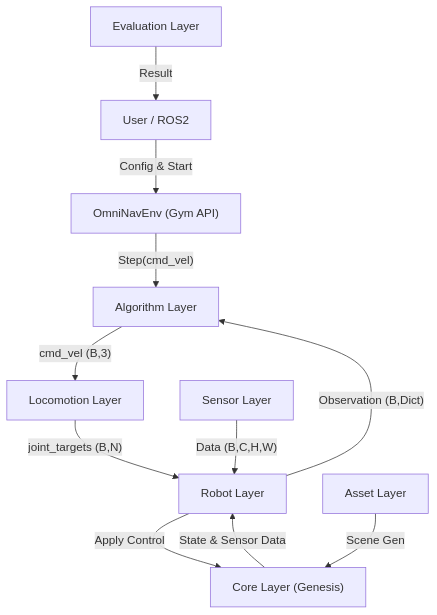
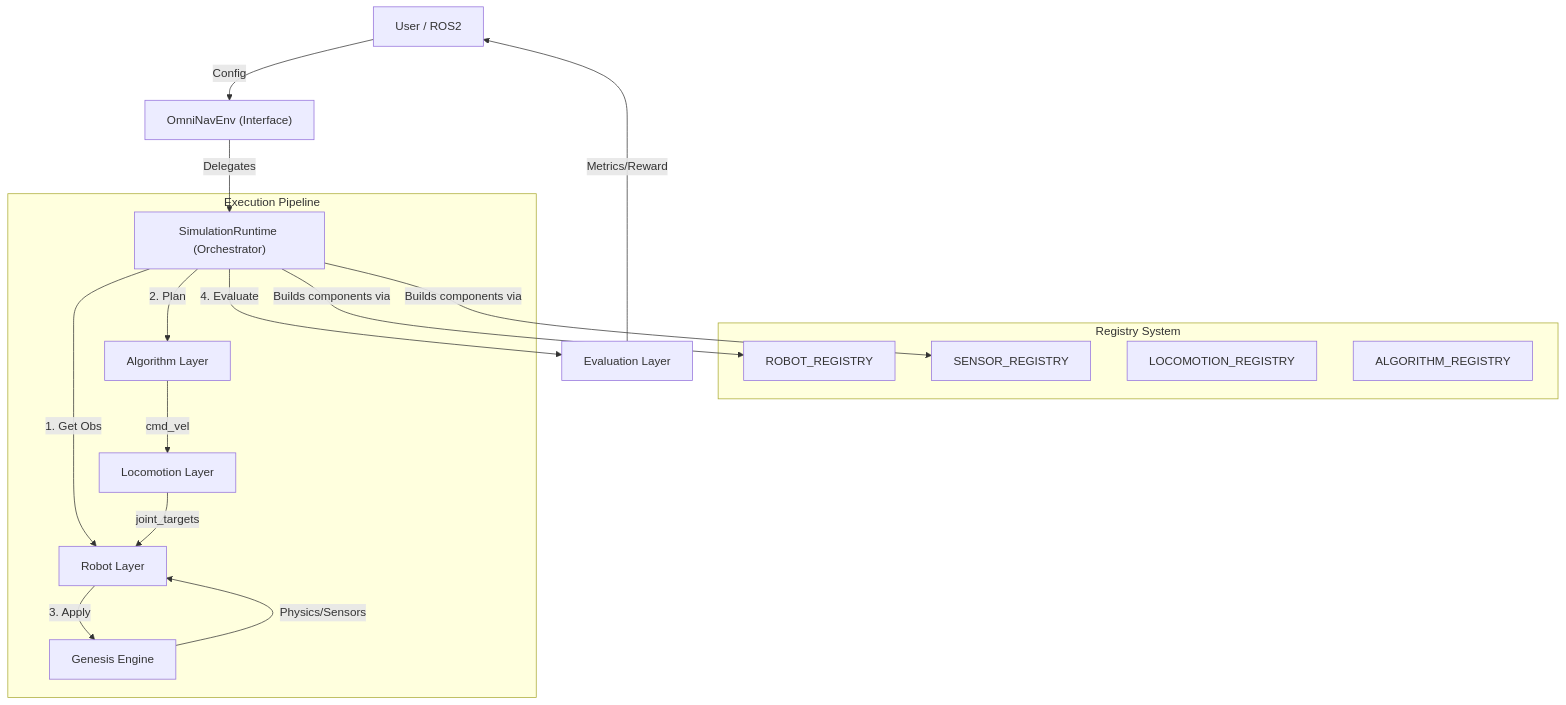
One commit to Royalvice/OmniNav changed the first of 3 diagrams in .github/contributing/IMPLEMENTATION_PLAN.md. Above: the diagram before and after it, drawn with Mermaid. The commit also changed other lines of this file and 60 other files, not shown here.

````diff
--- a/.github/contributing/IMPLEMENTATION_PLAN.md
+++ b/.github/contributing/IMPLEMENTATION_PLAN.md
@@ -7,13 +9,27 @@
 ```mermaid
 graph TD
-    User["User / ROS2"] -->|Config & Start| Env["OmniNavEnv (Gym API)"]
-    Env -->|"Step(cmd_vel)"| Algo["Algorithm Layer"]
-    Algo -->|"cmd_vel (B,3)"| Loco["Locomotion Layer"]
-    Loco -->|"joint_targets (B,N)"| Robot["Robot Layer"]
-    Robot -->|"Apply Control"| Core["Core Layer (Genesis)"]
-    Core -->|"State & Sensor Data"| Robot
-    Robot -->|"Observation (B,Dict)"| Algo
-    Sensor["Sensor Layer"] -->|"Data (B,C,H,W)"| Robot
-    Asset["Asset Layer"] -->|"Scene Gen"| Core
-    Eval["Evaluation Layer"] -->|Result| User
+    User["User / ROS2"] -->|Config| Env["OmniNavEnv (Interface)"]
+    Env -->|Delegates| Runtime["SimulationRuntime (Orchestrator)"]
+    
+    subgraph "Registry System"
+        RegR[ROBOT_REGISTRY]
+        RegS[SENSOR_REGISTRY]
+        RegL[LOCOMOTION_REGISTRY]
+        RegA[ALGORITHM_REGISTRY]
+    end
+
+    Runtime -->|Builds components via| RegR
+    Runtime -->|Builds components via| RegS
+    
+    subgraph "Execution Pipeline"
+        Runtime -->|1. Get Obs| Robot["Robot Layer"]
+        Runtime -->|2. Plan| Algo["Algorithm Layer"]
+        Algo -->|cmd_vel| Loco["Locomotion Layer"]
+        Loco -->|joint_targets| Robot
+        Robot -->|3. Apply| Sim["Genesis Engine"]
+    end
+    
+    Sim -->|Physics/Sensors| Robot
+    Runtime -->|4. Evaluate| Task["Evaluation Layer"]
+    Task -->|Metrics/Reward| User
 ```
````
